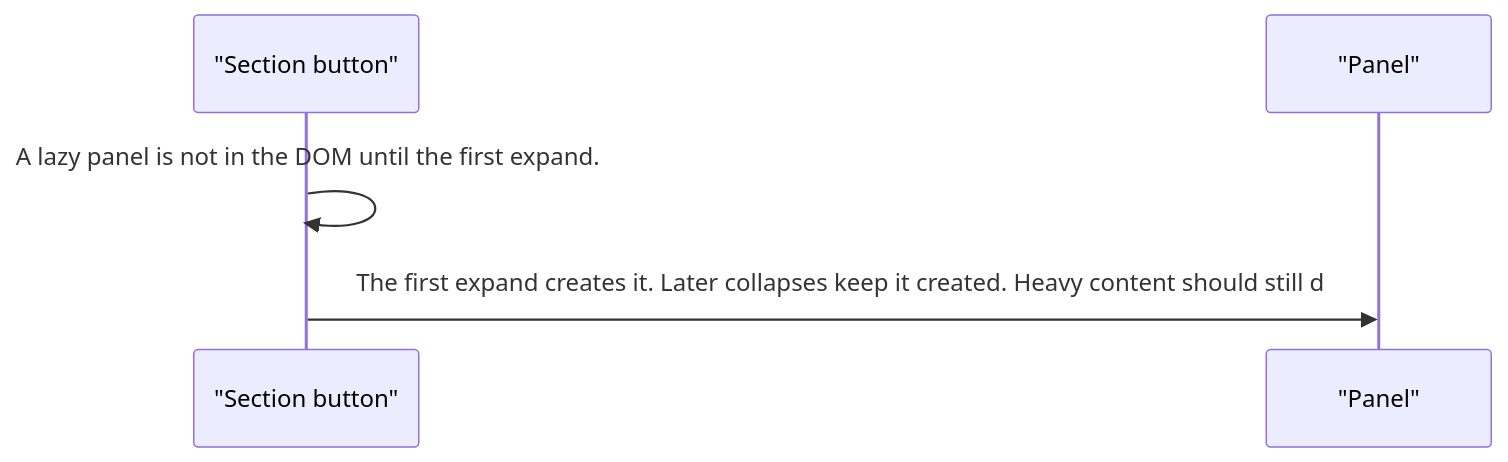
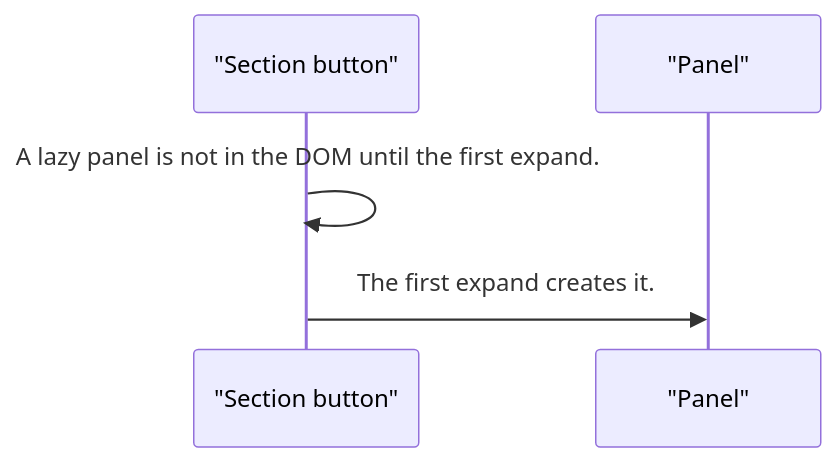
Before and after one commit to RajshekharBorate/pixel-ui: the third of 3 diagrams in projects/pixel-ui/src/lib/pixel-accordion/DESIGN.md, drawn with Mermaid. The commit also changed other lines of this file and 80 other files, not shown here.

Commit message:
Fill missing design flows and correct the stories that did not match component behavior.

````diff
--- a/projects/pixel-ui/src/lib/pixel-accordion/DESIGN.md
+++ b/projects/pixel-ui/src/lib/pixel-accordion/DESIGN.md
@@ -57,7 +57,7 @@
 ```mermaid
 sequenceDiagram
   participant header as "Section button"
   participant panel as "Panel"
   header->>header: A lazy panel is not in the DOM until the first expand.
-  header->>panel: The first expand creates it. Later collapses keep it created. Heavy content should still d
+  header->>panel: The first expand creates it.
 ```
````
